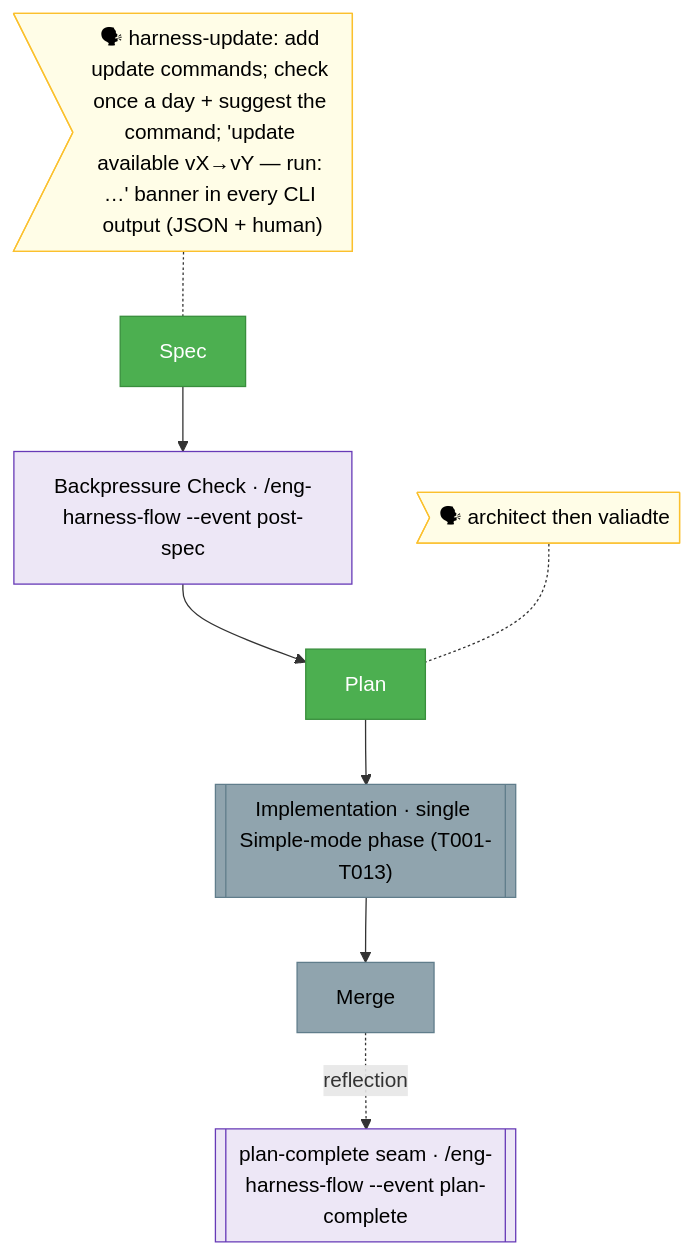
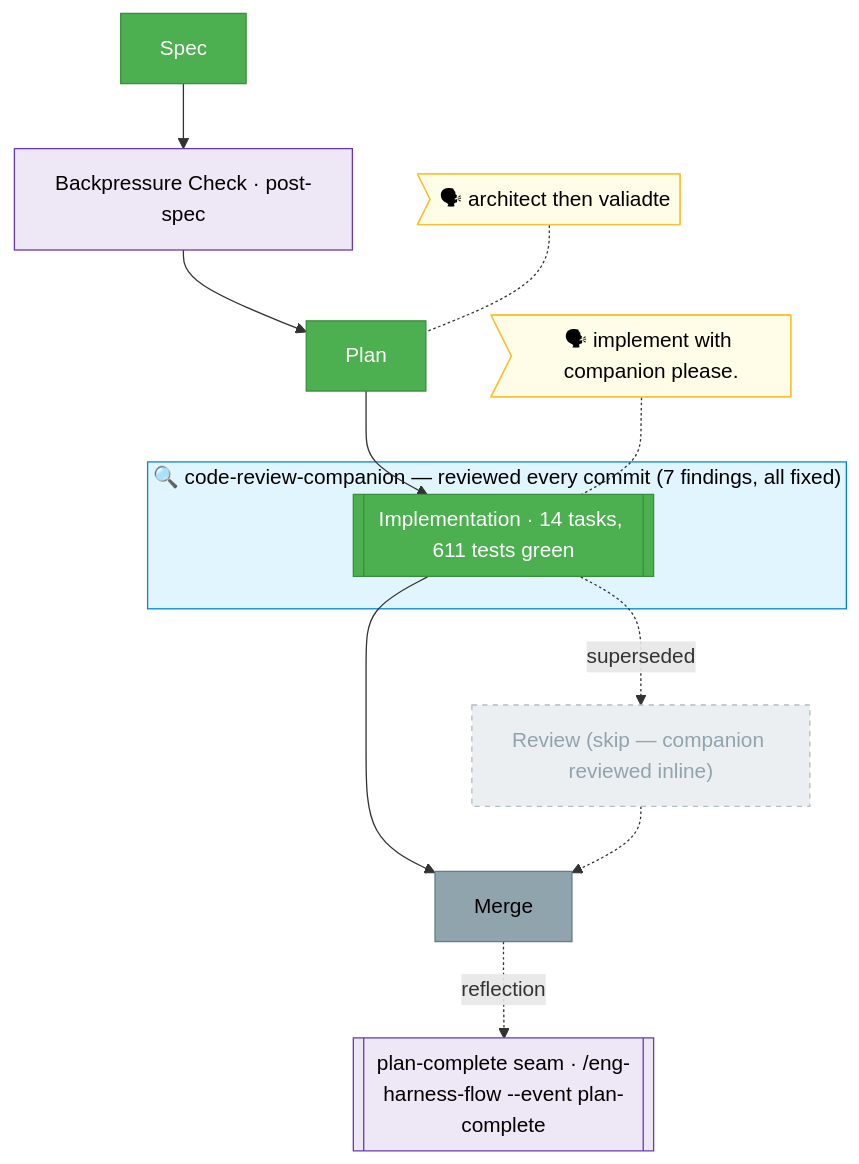
The diagram in docs/plans/019-harness-update/the-flow.md (AI-Substrate/harness-engineering), drawn with Mermaid before and after one commit. The commit also changed other lines of this file and 2 other files, not shown here.

Commit message:
chore(019): advance flight plan — build done, review superseded → merge
Implement-with-companion phase complete (14 tasks, 611 tests). Companion reviewed
every commit; review stage superseded → awaiting-6 routes to merge.

````diff
--- a/docs/plans/019-harness-update/the-flow.md
+++ b/docs/plans/019-harness-update/the-flow.md
@@ -7,24 +7,33 @@
 ```mermaid
 flowchart TD
     classDef done    fill:#4CAF50,stroke:#388E3C,color:#fff
     classDef wip     fill:#FF9800,stroke:#F57C00,color:#000
     classDef blocked fill:#F44336,stroke:#D32F2F,color:#fff
     classDef known   fill:#90A4AE,stroke:#607D8B,color:#000
     classDef assumed fill:#ECEFF1,stroke:#B0BEC5,color:#90A4AE,stroke-dasharray:4 4
     classDef said    fill:#FFFDE7,stroke:#FBC02D,color:#000
+    classDef companion fill:#E1F5FE,stroke:#0288D1,color:#000
     classDef harness fill:#EDE7F6,stroke:#673AB7,color:#000
 
-    %% ── spine; post-spec Backpressure Check sits between Spec and Plan (router installed, not run) ──
-    S[Spec]:::done --> BP["Backpressure Check · /eng-harness-flow --event post-spec"]:::harness --> PL[Plan]:::done
-    PL --> IMPL[["Implementation · single Simple-mode phase (T001-T013)"]]:::known
+    %% ── spine ──
+    S[Spec]:::done --> BP["Backpressure Check · post-spec"]:::harness --> PL[Plan]:::done
+    PL --> IMPL
+
+    subgraph CR ["🔍 code-review-companion — reviewed every commit (7 findings, all fixed)"]
+      IMPL[["Implementation · 14 tasks, 611 tests green"]]:::done
+    end
+    class CR companion
+
     IMPL --> M[Merge]:::known
-
-    %% ── harness seam node (plan-complete; first-class because the router IS installed) ──
     M -.->|reflection| HH[["plan-complete seam · /eng-harness-flow --event plan-complete"]]:::harness
 
+    %% ── review superseded by the companion ──
+    IMPL -.->|superseded| RV["Review (skip — companion reviewed inline)"]:::assumed
+    RV -.-> M
+
     %% ── verbatim user-said bubbles ──
-    US1>"🗣 harness-update: add update commands; check once a day + suggest the command; 'update available vX→vY — run: …' banner in every CLI output (JSON + human)"]:::said
-    US1 -.- S
-    US2>"🗣 architect then valiadte"]:::said
-    US2 -.- PL
+    US1>"🗣 architect then valiadte"]:::said
+    US1 -.- PL
+    US2>"🗣 implement with companion please."]:::said
+    US2 -.- IMPL
 ```
````
